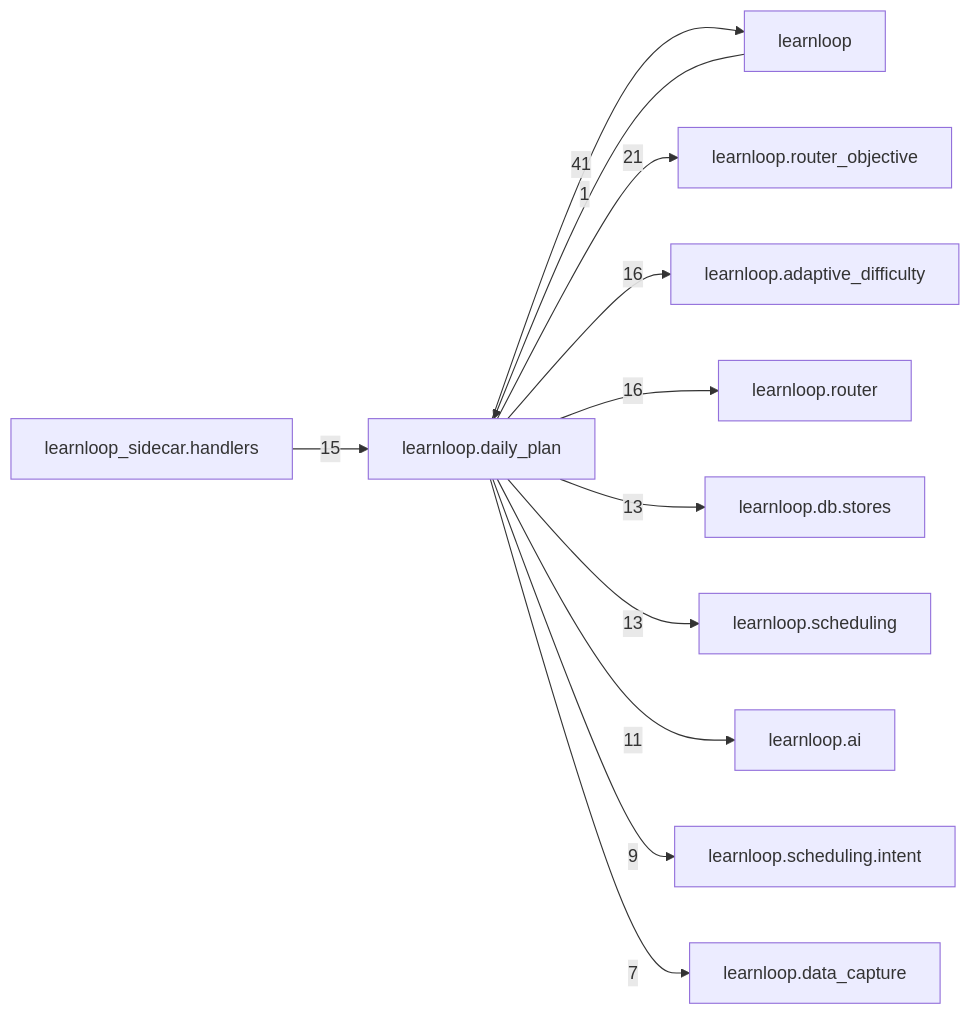
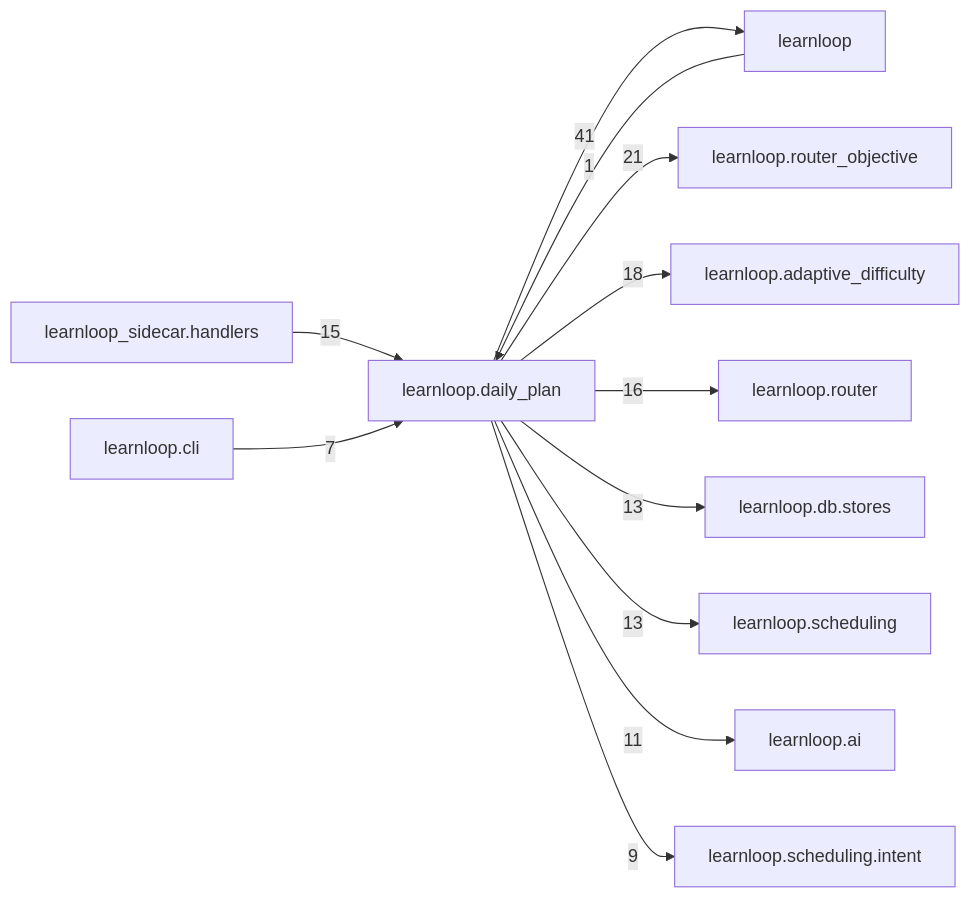
One commit to 6up-b/learnanything changed the diagram in docs/learnloop-architecture-vault/Reference/Modules/learnloop/daily_plan/_package.md. Above: the diagram before and after it, drawn with Mermaid. The commit also changed other lines of this file and 503 other files, not shown here.

First line of the commit message:
RO6 landing, step 3: the architecture reference regenerated on the merged tree

````diff
--- a/docs/learnloop-architecture-vault/Reference/Modules/learnloop/daily_plan/_package.md
+++ b/docs/learnloop-architecture-vault/Reference/Modules/learnloop/daily_plan/_package.md
@@ -158,25 +158,25 @@
 ```mermaid
 flowchart LR
     center["learnloop.daily_plan"]
     n_learnloop["learnloop"]
     n_learnloop_router_objective["learnloop.router_objective"]
     n_learnloop_adaptive_difficulty["learnloop.adaptive_difficulty"]
     n_learnloop_router["learnloop.router"]
     n_learnloop_sidecar_handlers["learnloop_sidecar.handlers"]
     n_learnloop_db_stores["learnloop.db.stores"]
     n_learnloop_scheduling["learnloop.scheduling"]
     n_learnloop_ai["learnloop.ai"]
     n_learnloop_scheduling_intent["learnloop.scheduling.intent"]
-    n_learnloop_data_capture["learnloop.data_capture"]
+    n_learnloop_cli["learnloop.cli"]
     n_learnloop -->|1| center
     center -->|41| n_learnloop
     center -->|21| n_learnloop_router_objective
-    center -->|16| n_learnloop_adaptive_difficulty
+    center -->|18| n_learnloop_adaptive_difficulty
     center -->|16| n_learnloop_router
     n_learnloop_sidecar_handlers -->|15| center
     center -->|13| n_learnloop_db_stores
     center -->|13| n_learnloop_scheduling
     center -->|11| n_learnloop_ai
     center -->|9| n_learnloop_scheduling_intent
-    center -->|7| n_learnloop_data_capture
+    n_learnloop_cli -->|7| center
 ```
````
